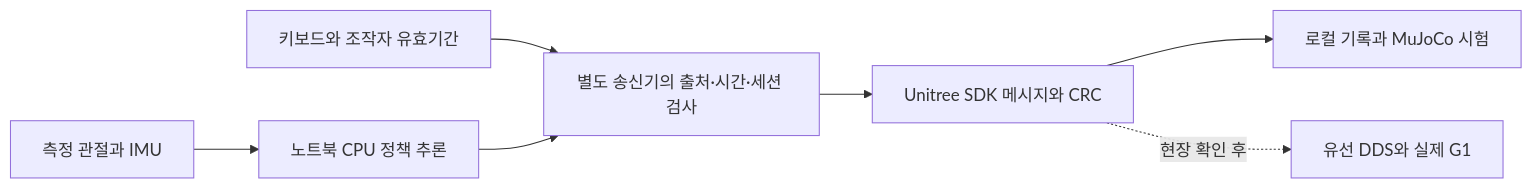
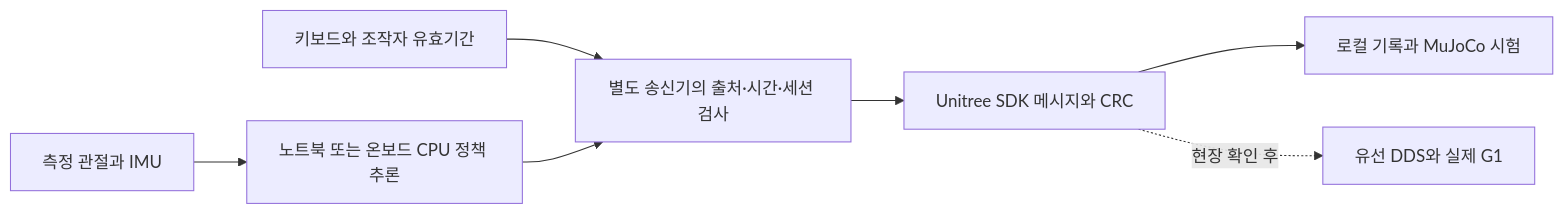
The diagram in projects/g1-event-runtime.md (shan1343/robotics-ai-portfolio), drawn with Mermaid before and after one commit. The commit also changed other lines of this file and 1 other file, not shown here.

````diff
--- a/projects/g1-event-runtime.md
+++ b/projects/g1-event-runtime.md
@@ -24,9 +24,9 @@
 ```mermaid
 flowchart LR
-  S[측정 관절과 IMU] --> B[노트북 CPU 정책 추론]
+  S[측정 관절과 IMU] --> B[노트북 또는 온보드 CPU 정책 추론]
   A[키보드와 조작자 유효기간] --> C[별도 송신기의 출처·시간·세션 검사]
   B --> C
   C --> D[Unitree SDK 메시지와 CRC]
   D --> E[로컬 기록과 MuJoCo 시험]
   D -. 현장 확인 후 .-> F[유선 DDS와 실제 G1]
 ```
````
